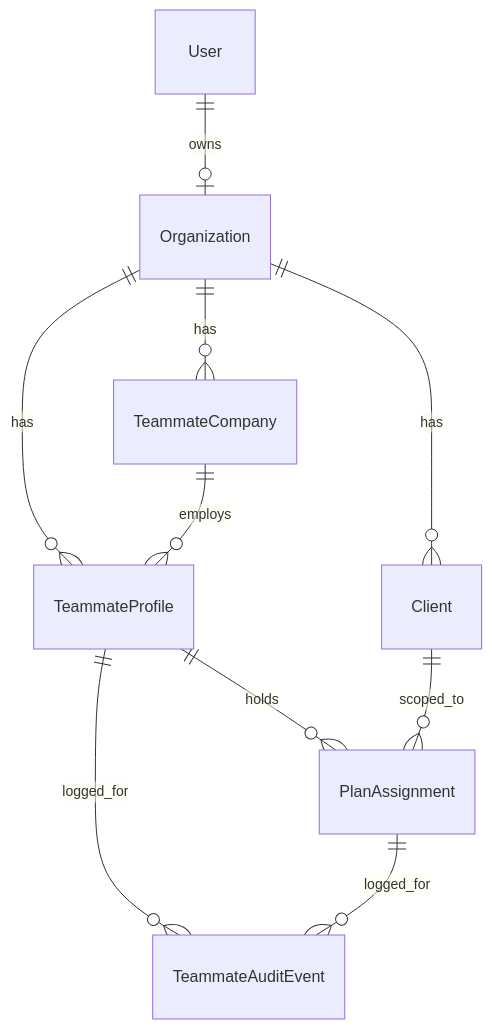
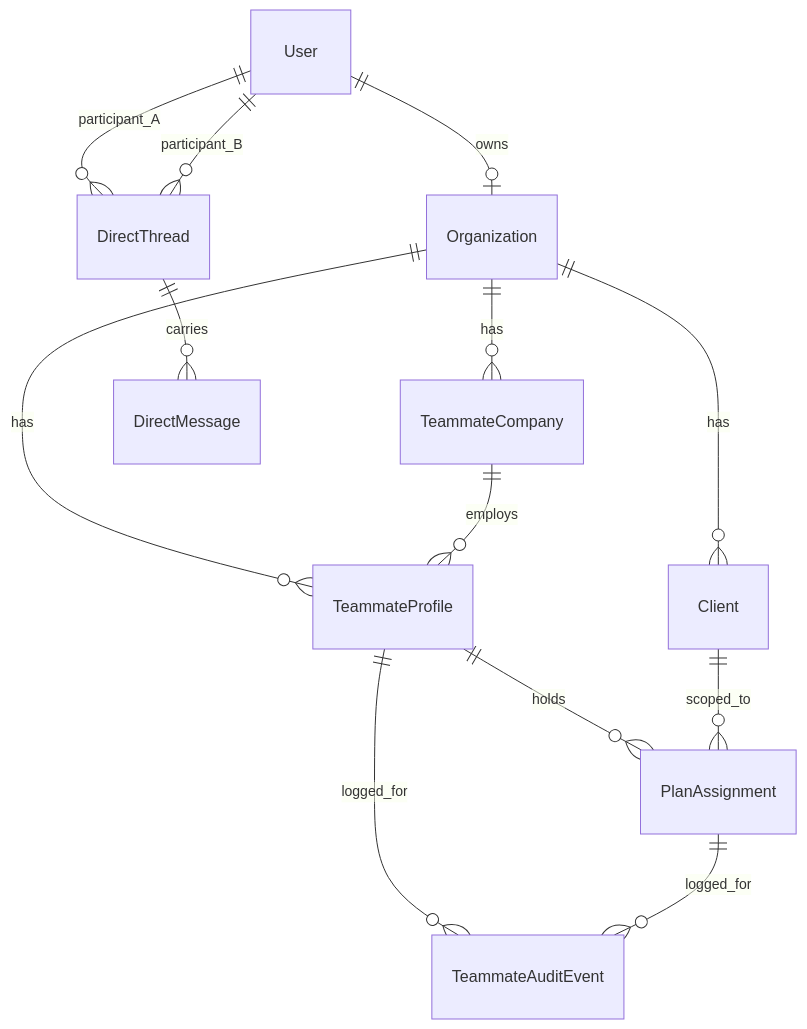
The diagram in docs/teammates-module.md (danplantel/plantelligence-mvp), drawn with Mermaid before and after one commit. The commit also changed other lines of this file and 6 other files, not shown here.

````diff
--- a/docs/teammates-module.md
+++ b/docs/teammates-module.md
@@ -32,12 +32,15 @@
 ```mermaid
 erDiagram
     User ||--o| Organization : owns
     Organization ||--o{ TeammateCompany : has
     Organization ||--o{ TeammateProfile : has
     Organization ||--o{ Client : has
     TeammateCompany ||--o{ TeammateProfile : employs
     TeammateProfile ||--o{ PlanAssignment : holds
     Client ||--o{ PlanAssignment : scoped_to
     TeammateProfile ||--o{ TeammateAuditEvent : logged_for
     PlanAssignment ||--o{ TeammateAuditEvent : logged_for
+    User ||--o{ DirectThread : participant_A
+    User ||--o{ DirectThread : participant_B
+    DirectThread ||--o{ DirectMessage : carries
 ```
````
